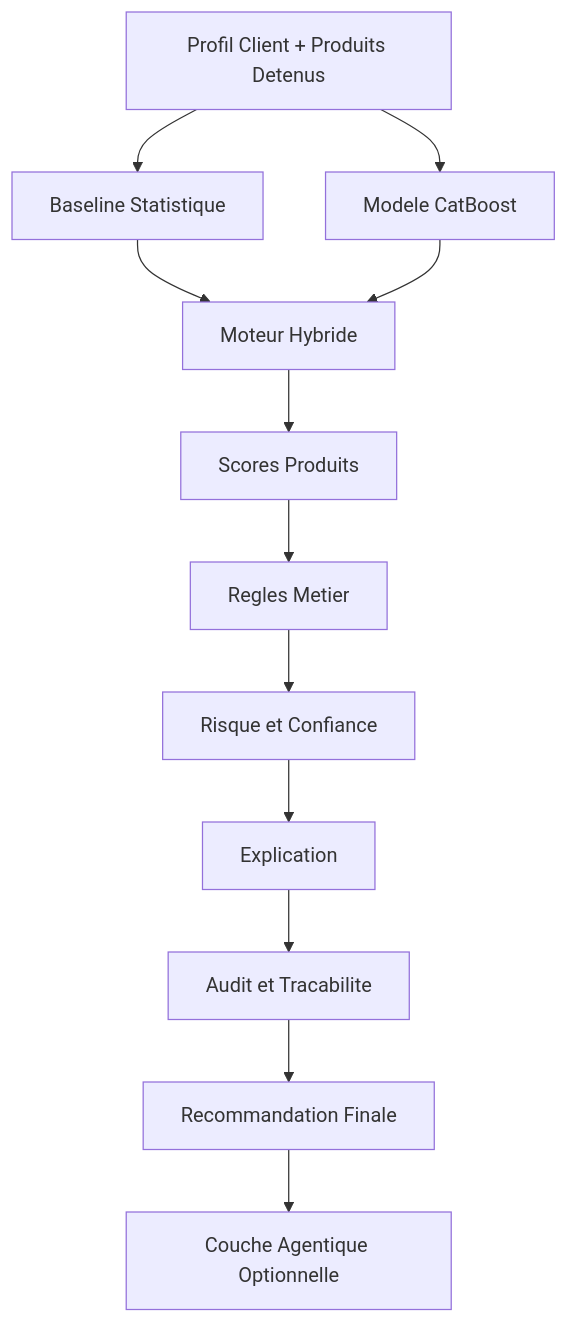
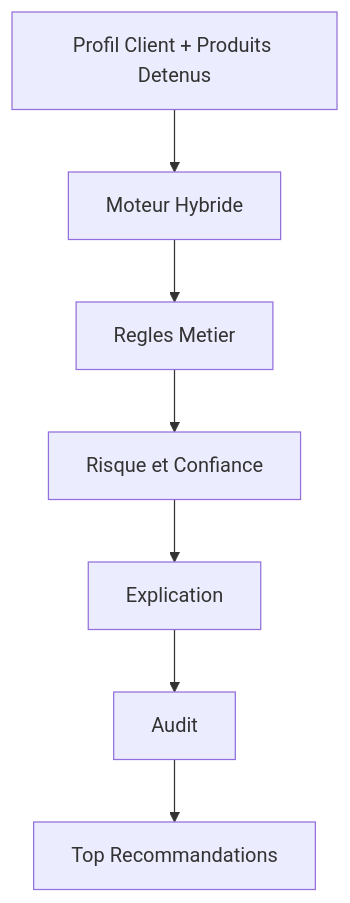
The diagram in README.md (BeediGoua/Insurance_product_recommender), drawn with Mermaid before and after one commit. The commit also changed other lines of this file and 1 other file, not shown here.

````diff
--- a/README.md
+++ b/README.md
@@ -138,15 +84,9 @@
 ```mermaid
 flowchart TB
-    Input[Profil Client + Produits Detenus]
-    Input --> Stats[Baseline Statistique]
-    Input --> ML[Modele CatBoost]
-    Stats --> Hybrid[Moteur Hybride]
-    ML --> Hybrid
-    Hybrid --> Raw[Scores Produits]
-    Raw --> Rules[Regles Metier]
+    Input[Profil Client + Produits Detenus] --> Hybrid[Moteur Hybride]
+    Hybrid --> Rules[Regles Metier]
     Rules --> Risk[Risque et Confiance]
     Risk --> Explain[Explication]
-    Explain --> Audit[Audit et Tracabilite]
-    Audit --> Final[Recommandation Finale]
-    Final --> Agents[Couche Agentique Optionnelle]
+    Explain --> Audit[Audit]
+    Audit --> Output[Top Recommandations]
 ```
````
